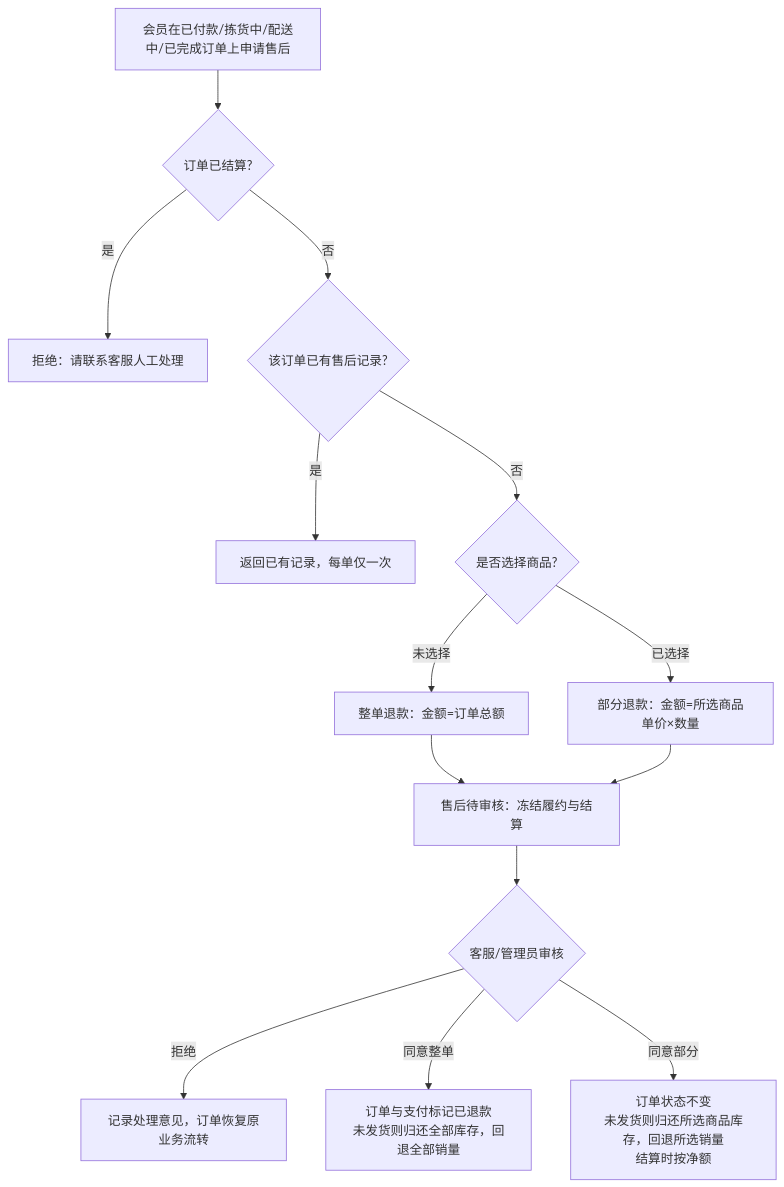
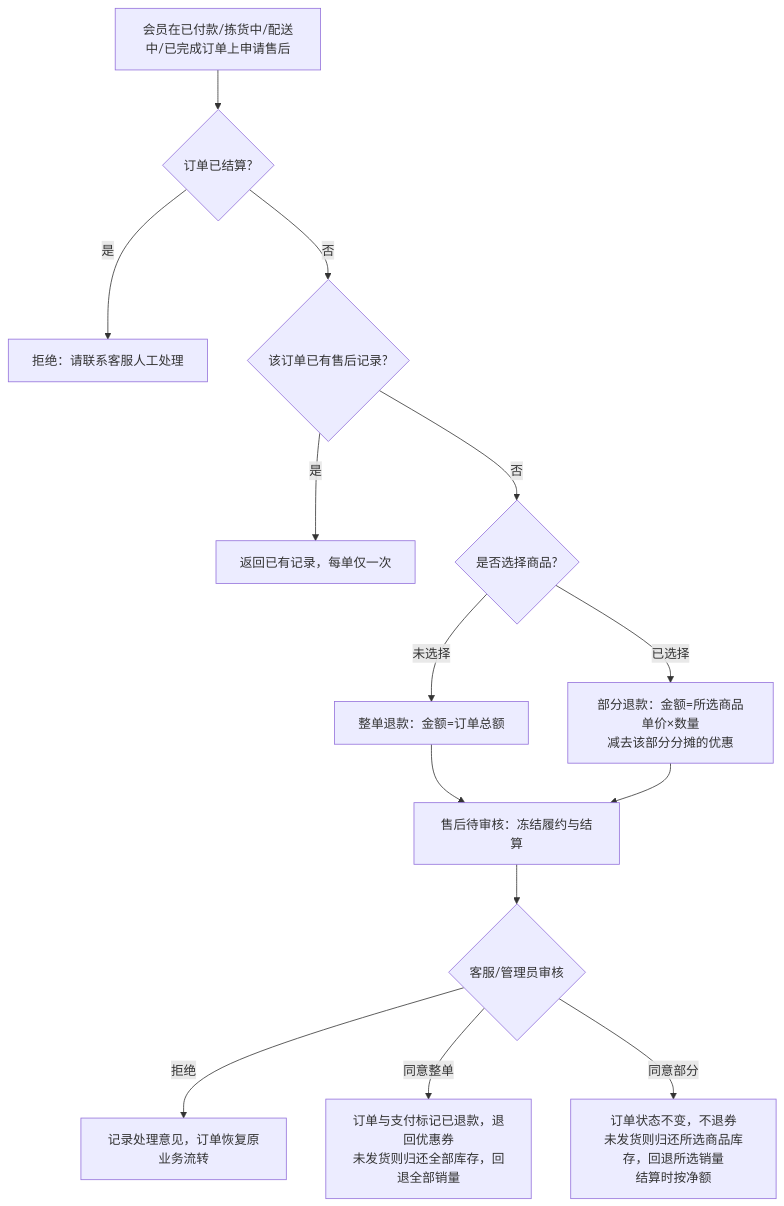
Before and after one commit to Weishi-corroding/freshmarket-platform: the seventh of 8 diagrams in docs/requirements.md, drawn with Mermaid. The commit also changed other lines of this file and 67 other files, not shown here.

````diff
--- a/docs/requirements.md
+++ b/docs/requirements.md
@@ -290,16 +269,16 @@
 ```mermaid
 flowchart TD
   S[会员在已付款/拣货中/配送中/已完成订单上申请售后] --> T{订单已结算?}
   T -- 是 --> U[拒绝：请联系客服人工处理]
   T -- 否 --> V{该订单已有售后记录?}
   V -- 是 --> W[返回已有记录，每单仅一次]
   V -- 否 --> X{是否选择商品?}
   X -- 未选择 --> Y[整单退款：金额=订单总额]
-  X -- 已选择 --> Z[部分退款：金额=所选商品单价×数量]
+  X -- 已选择 --> Z[部分退款：金额=所选商品单价×数量<br/>减去该部分分摊的优惠]
   Y --> R[售后待审核：冻结履约与结算]
   Z --> R
   R --> AA{客服/管理员审核}
   AA -- 拒绝 --> AB[记录处理意见，订单恢复原业务流转]
-  AA -- 同意整单 --> AC[订单与支付标记已退款<br/>未发货则归还全部库存，回退全部销量]
-  AA -- 同意部分 --> AD[订单状态不变<br/>未发货则归还所选商品库存，回退所选销量<br/>结算时按净额]
+  AA -- 同意整单 --> AC[订单与支付标记已退款，退回优惠券<br/>未发货则归还全部库存，回退全部销量]
+  AA -- 同意部分 --> AD[订单状态不变，不退券<br/>未发货则归还所选商品库存，回退所选销量<br/>结算时按净额]
 ```
````
